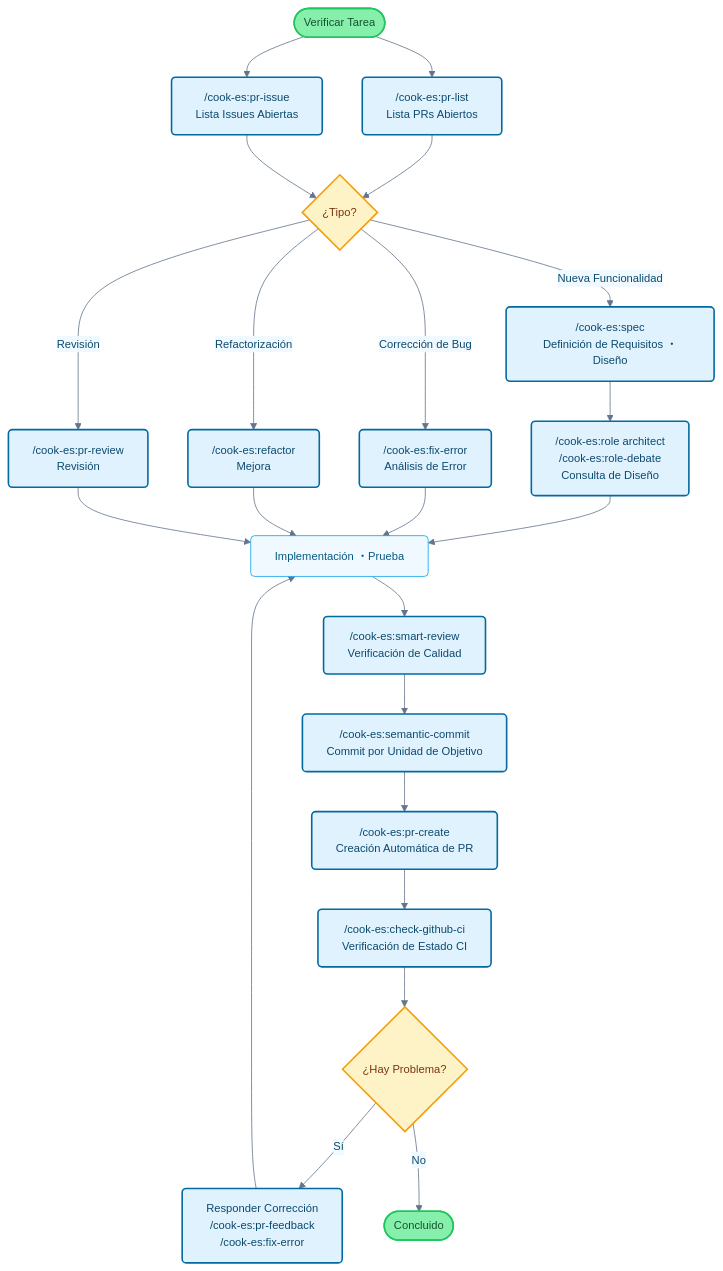
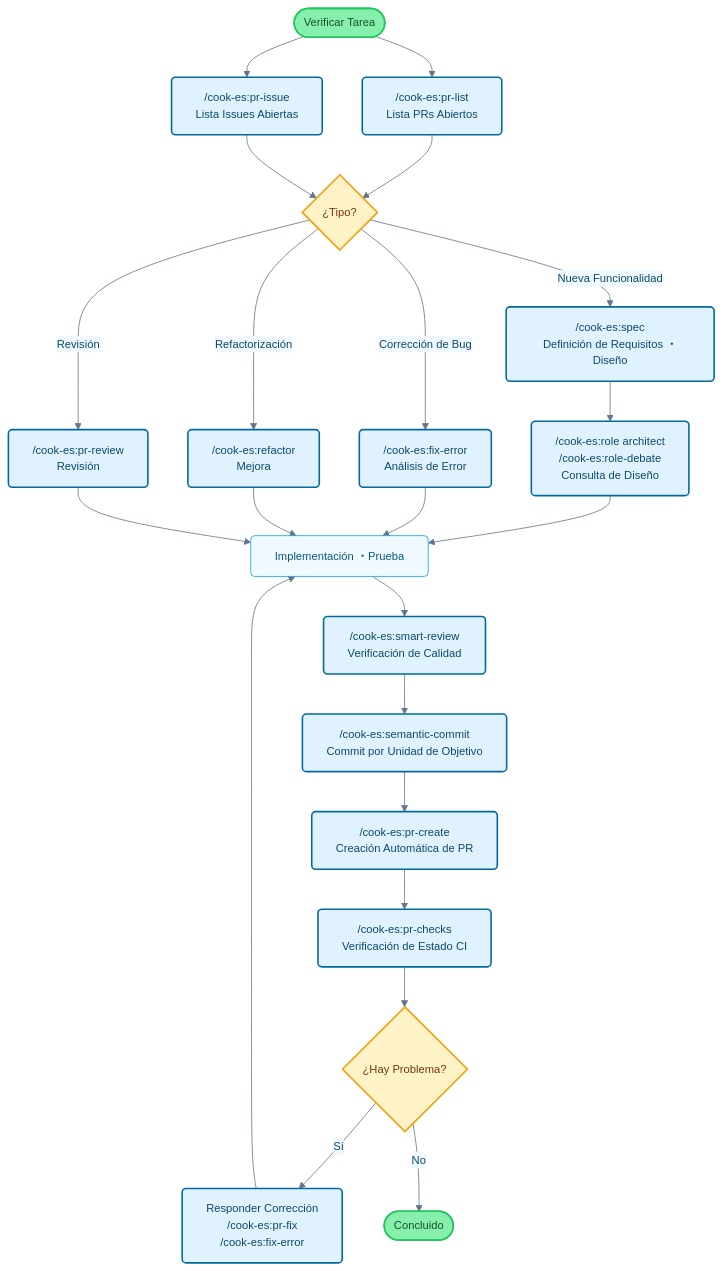
One commit to wasabeef/claude-code-cookbook changed the diagram in plugins/es/README.md. Above: the diagram before and after it, drawn with Mermaid. The commit also changed other lines of this file and 337 other files, not shown here.

````diff
--- a/plugins/es/README.md
+++ b/plugins/es/README.md
@@ -115,42 +115,42 @@
 ```mermaid
 flowchart TB
     Start([Verificar Tarea]) --> PRList["/cook-es:pr-list<br/>Lista PRs Abiertos"]
     Start --> PRIssue["/cook-es:pr-issue<br/>Lista Issues Abiertas"]
 
     PRList --> TaskType{¿Tipo?}
     PRIssue --> TaskType
 
     TaskType -->|Nueva Funcionalidad| Plan["/cook-es:spec<br/>Definición de Requisitos ・Diseño"]
     TaskType -->|Corrección de Bug| Fix["/cook-es:fix-error<br/>Análisis de Error"]
     TaskType -->|Refactorización| Refactor["/cook-es:refactor<br/>Mejora"]
     TaskType -->|Revisión| Review["/cook-es:pr-review<br/>Revisión"]
 
     Plan --> Design["/cook-es:role architect<br/>/cook-es:role-debate<br/>Consulta de Diseño"]
     Design --> Implementation[Implementación ・Prueba]
     Fix --> Implementation
     Refactor --> Implementation
     Review --> Implementation
 
     Implementation --> Check["/cook-es:smart-review<br/>Verificación de Calidad"]
     Check --> Commit["/cook-es:semantic-commit<br/>Commit por Unidad de Objetivo"]
     Commit --> PR["/cook-es:pr-create<br/>Creación Automática de PR"]
-    PR --> CI["/cook-es:check-github-ci<br/>Verificación de Estado CI"]
+    PR --> CI["/cook-es:pr-checks<br/>Verificación de Estado CI"]
 
     CI --> Status{¿Hay Problema?}
-    Status -->|Sí| Feedback["Responder Corrección<br/>/cook-es:pr-feedback<br/>/cook-es:fix-error"]
+    Status -->|Sí| Feedback["Responder Corrección<br/>/cook-es:pr-fix<br/>/cook-es:fix-error"]
     Status -->|No| End([Concluido])
 
     Feedback --> Implementation
 
     classDef commandBox fill:#e0f2fe,stroke:#0369a1,stroke-width:2px,rx:5,ry:5,color:#0c4a6e
     classDef processBox fill:#f0f9ff,stroke:#0ea5e9,stroke-width:1px,rx:5,ry:5,color:#075985
     classDef decisionBox fill:#fef3c7,stroke:#f59e0b,stroke-width:2px,rx:5,ry:5,color:#78350f
     classDef startEnd fill:#86efac,stroke:#22c55e,stroke-width:2px,rx:20,ry:20,color:#14532d
 
     class PRList,PRIssue,Plan,Fix,Refactor,Review,Design,Check,CI,Commit,PR,Feedback commandBox
     class Implementation processBox
     class TaskType,Status decisionBox
     class Start,End startEnd
 
     %%{init: {'theme':'base', 'themeVariables': { 'primaryColor':'#e0f2fe', 'primaryTextColor':'#0c4a6e', 'primaryBorderColor':'#0369a1', 'lineColor':'#64748b', 'secondaryColor':'#f0f9ff', 'background':'#ffffff', 'mainBkg':'#ffffff', 'fontSize': '14px'}}}%%
 ```
````
